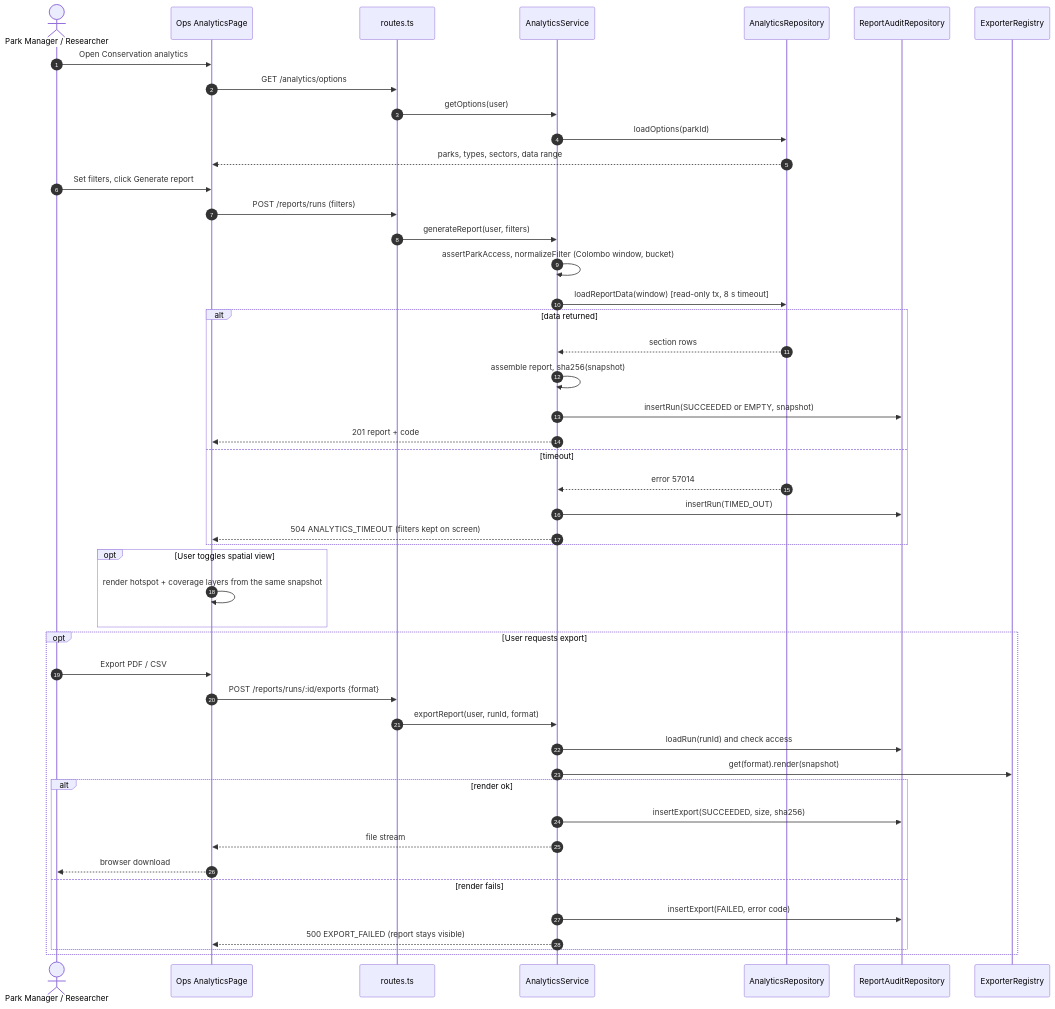
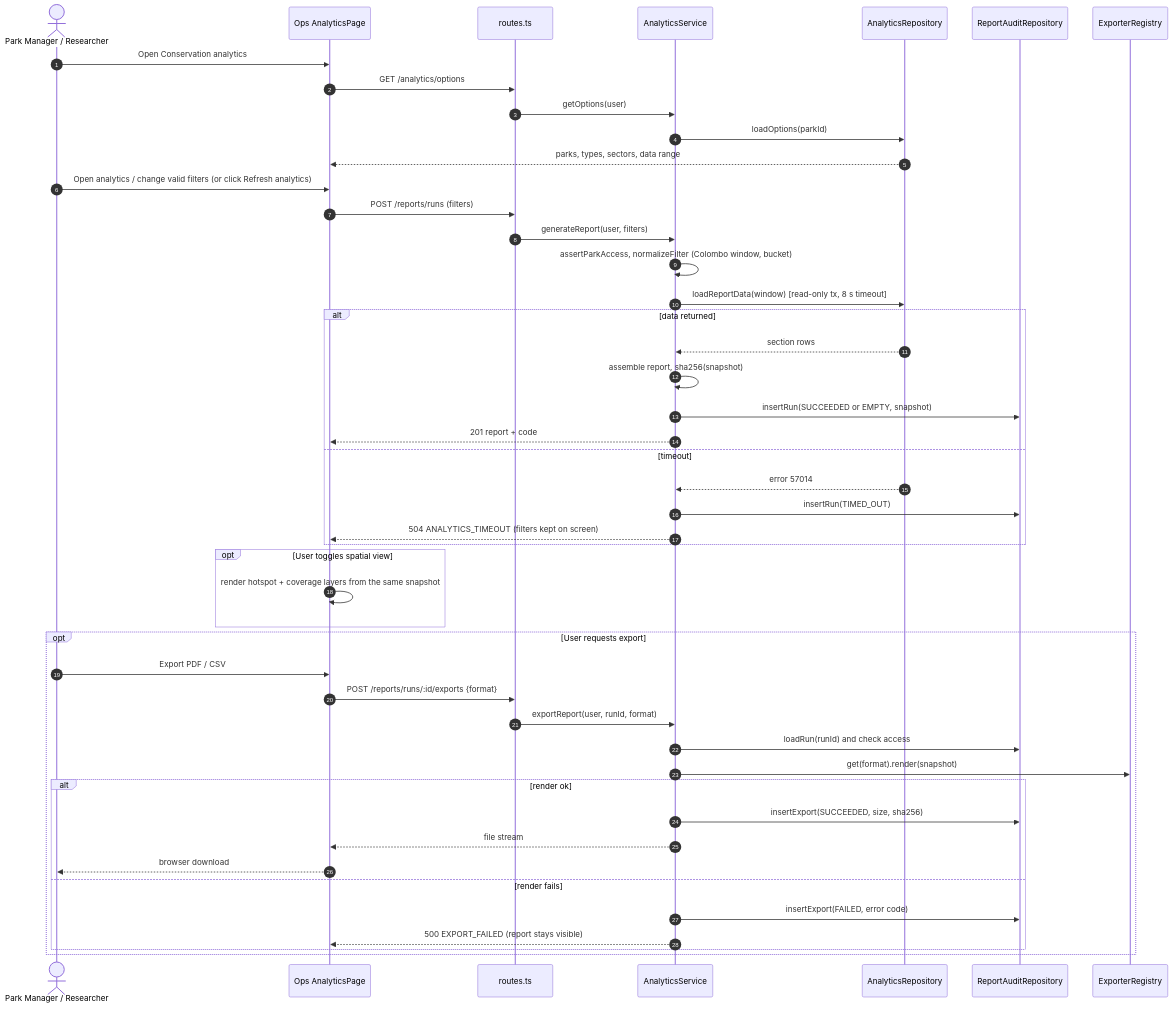
One commit to wenux2003/Smart-Wildlife-Monitoring-System changed the second of 2 diagrams in docs/M4_Analytics_and_Export_Plan.md. Above: the diagram before and after it, drawn with Mermaid. The commit also changed other lines of this file and 76 other files, not shown here.

````diff
--- a/docs/M4_Analytics_and_Export_Plan.md
+++ b/docs/M4_Analytics_and_Export_Plan.md
@@ -668,49 +669,49 @@
 ```mermaid
 sequenceDiagram
   autonumber
   actor U as Park Manager / Researcher
   participant UI as Ops AnalyticsPage
   participant R as routes.ts
   participant S as AnalyticsService
   participant Q as AnalyticsRepository
   participant A as ReportAuditRepository
   participant X as ExporterRegistry
   U->>UI: Open Conservation analytics
   UI->>R: GET /analytics/options
   R->>S: getOptions(user)
   S->>Q: loadOptions(parkId)
   Q-->>UI: parks, types, sectors, data range
-  U->>UI: Set filters, click Generate report
+  U->>UI: Open analytics / change valid filters (or click Refresh analytics)
   UI->>R: POST /reports/runs (filters)
   R->>S: generateReport(user, filters)
   S->>S: assertParkAccess, normalizeFilter (Colombo window, bucket)
   S->>Q: loadReportData(window) [read-only tx, 8 s timeout]
   alt data returned
     Q-->>S: section rows
     S->>S: assemble report, sha256(snapshot)
     S->>A: insertRun(SUCCEEDED or EMPTY, snapshot)
     S-->>UI: 201 report + code
   else timeout
     Q-->>S: error 57014
     S->>A: insertRun(TIMED_OUT)
     S-->>UI: 504 ANALYTICS_TIMEOUT (filters kept on screen)
   end
   opt User toggles spatial view
     UI->>UI: render hotspot + coverage layers from the same snapshot
   end
   opt User requests export
     U->>UI: Export PDF / CSV
     UI->>R: POST /reports/runs/:id/exports {format}
     R->>S: exportReport(user, runId, format)
     S->>A: loadRun(runId) and check access
     S->>X: get(format).render(snapshot)
     alt render ok
       S->>A: insertExport(SUCCEEDED, size, sha256)
       S-->>UI: file stream
       UI-->>U: browser download
     else render fails
       S->>A: insertExport(FAILED, error code)
       S-->>UI: 500 EXPORT_FAILED (report stays visible)
     end
   end
 ```
````
